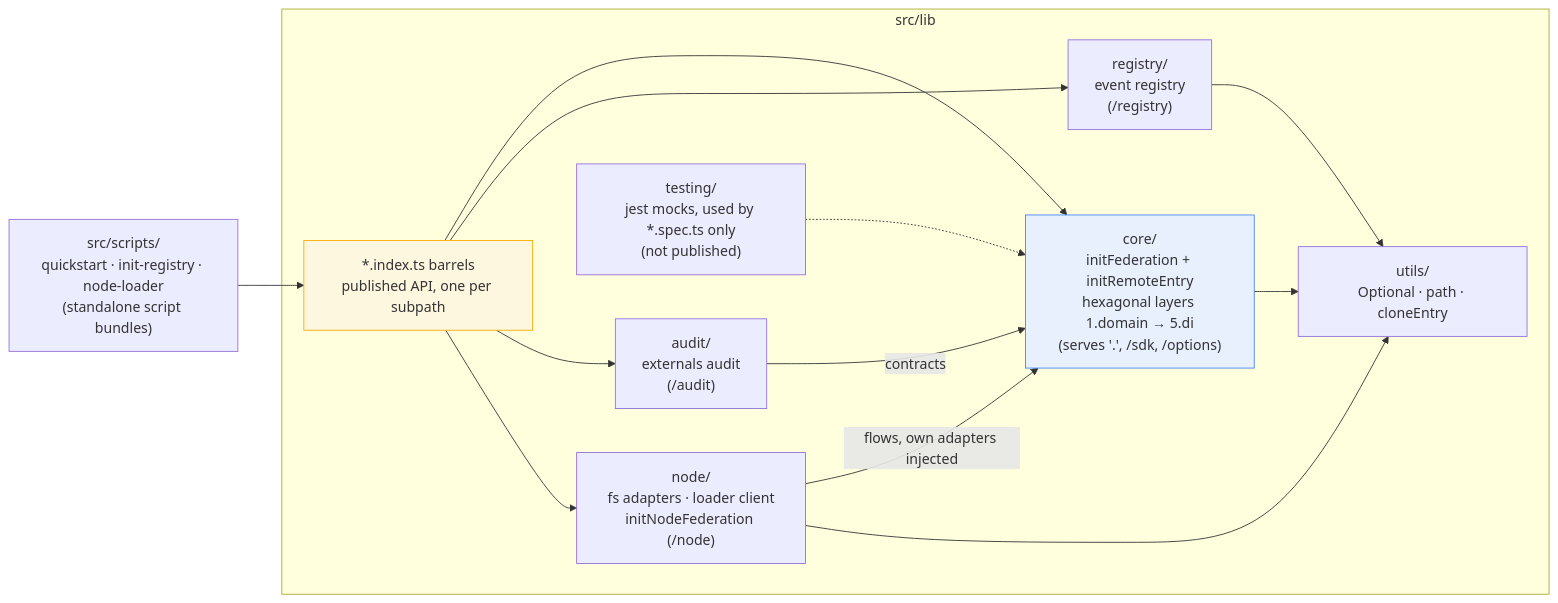
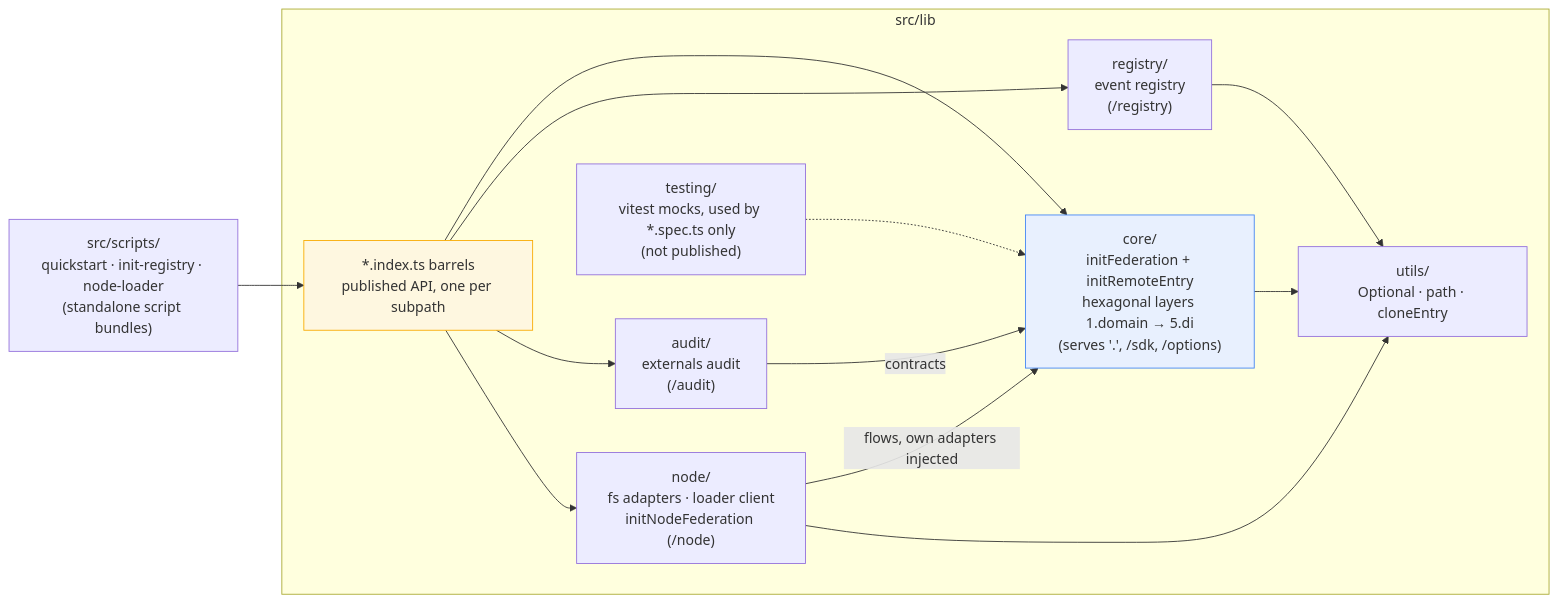
Before and after one commit to native-federation/orchestrator: the diagram in CONTRIBUTING.md, drawn with Mermaid. The commit also changed 89 other files, not shown here.

````diff
--- a/CONTRIBUTING.md
+++ b/CONTRIBUTING.md
@@ -15,33 +15,33 @@
 ```mermaid
 graph LR
     E["src/scripts/<br/>quickstart · init-registry · node-loader<br/>(standalone script bundles)"]
 
     subgraph lib ["src/lib"]
         BARRELS["*.index.ts barrels<br/>published API, one per subpath"]
 
         CORE["core/<br/>initFederation + initRemoteEntry<br/>hexagonal layers 1.domain → 5.di<br/>(serves '.', /sdk, /options)"]
         REGISTRY["registry/<br/>event registry<br/>(/registry)"]
         AUDIT["audit/<br/>externals audit<br/>(/audit)"]
         NODE["node/<br/>fs adapters · loader client<br/>initNodeFederation (/node)"]
 
         UTILS["utils/<br/>Optional · path · cloneEntry"]
-        TESTING["testing/<br/>jest mocks, used by *.spec.ts only<br/>(not published)"]
+        TESTING["testing/<br/>vitest mocks, used by *.spec.ts only<br/>(not published)"]
     end
 
     E --> BARRELS
     BARRELS --> CORE
     BARRELS --> REGISTRY
     BARRELS --> AUDIT
     BARRELS --> NODE
 
     AUDIT -->|contracts| CORE
     NODE -->|flows, own adapters injected| CORE
 
     CORE --> UTILS
     REGISTRY --> UTILS
     NODE --> UTILS
     TESTING -.-> CORE
 
     style CORE fill:#e8f0fe,stroke:#4285f4
     style BARRELS fill:#fef7e0,stroke:#f9ab00
 ```
````
